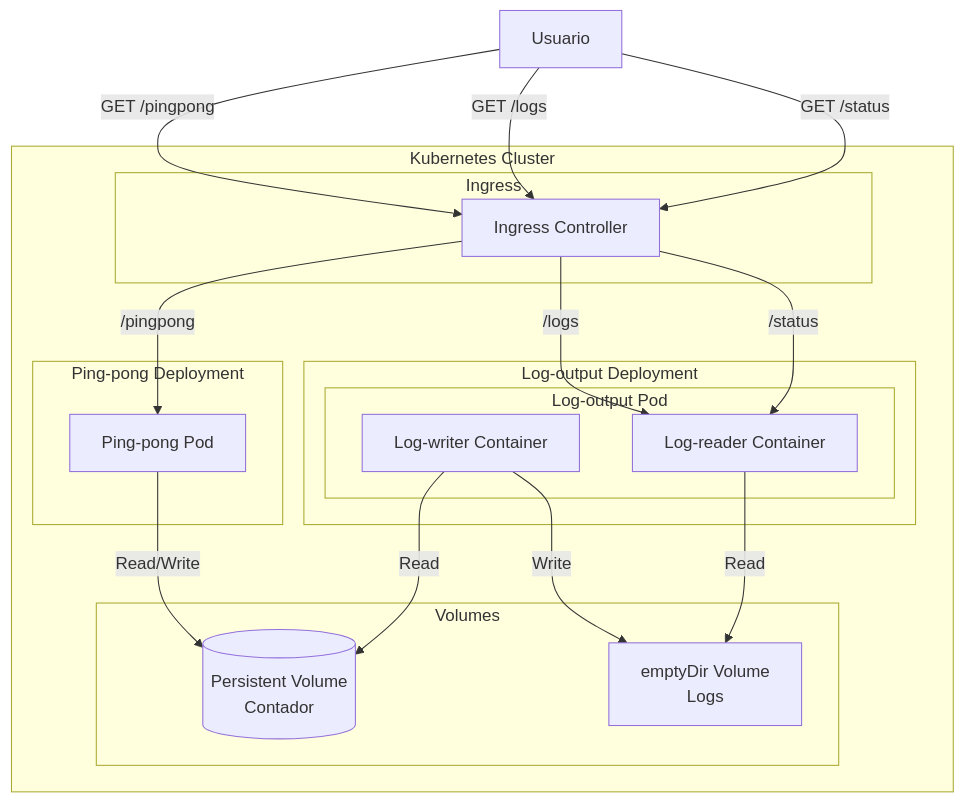
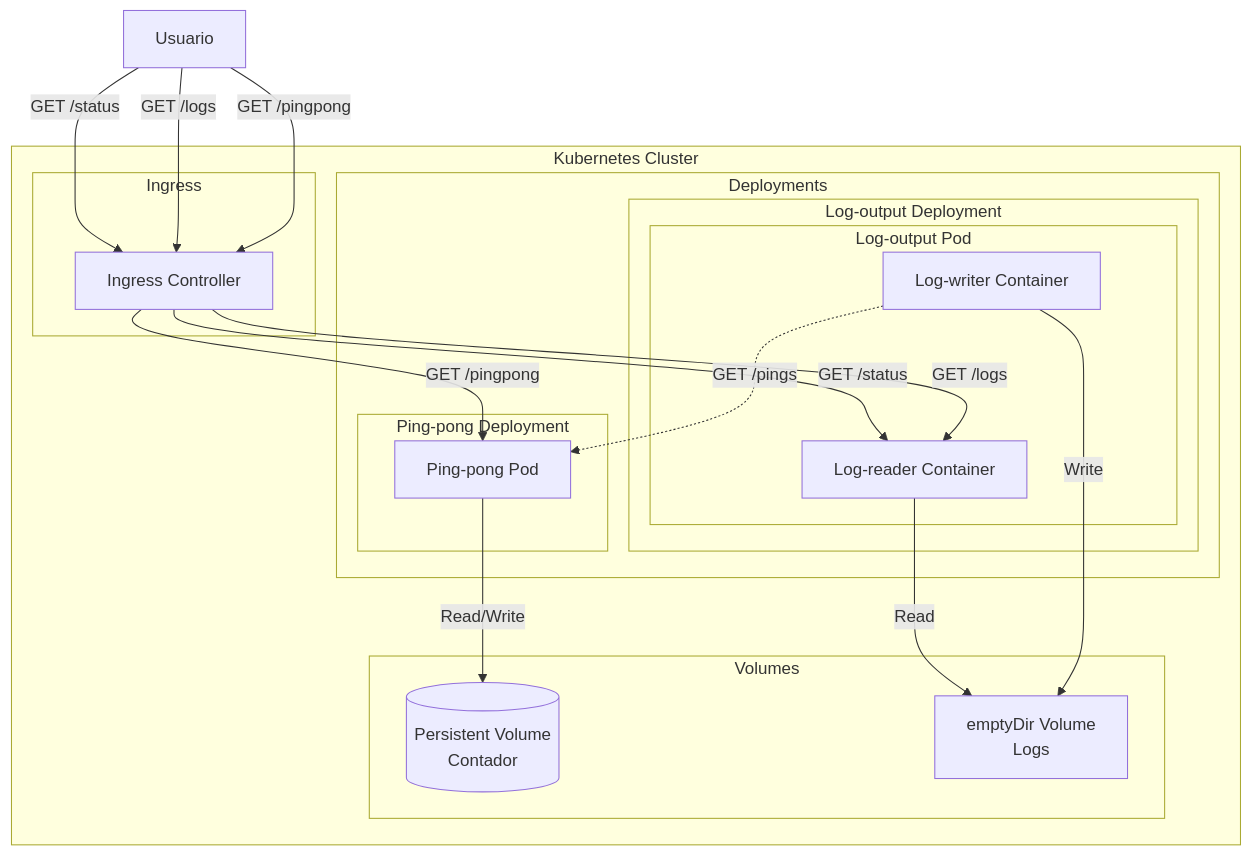
One commit to Yakovyakov/KubernetsSubmissions changed the diagram in log_output/README.md. Above: the diagram before and after it, drawn with Mermaid. The commit also changed other lines of this file and 9 other files, not shown here.

````diff
--- a/log_output/README.md
+++ b/log_output/README.md
@@ -186,46 +131,48 @@
   ```mermaid
     graph TD
       subgraph Kubernetes Cluster
           subgraph Ingress
               I[Ingress Controller]
           end
-         
+          subgraph Deployments
           subgraph Ping-pong Deployment
               PP[Ping-pong Pod]
           end
+          
         
           subgraph Log-output Deployment
               LO[Log-output Pod]
               subgraph LO[Log-output Pod]
                   LW[Log-writer Container]
                   LR[Log-reader Container]
               end
           end
-        
+          end
           subgraph Volumes
               PV[(Persistent Volume<br>Contador)]
               LV[emptyDir Volume<br>Logs]
           end
       end
     
       User[Usuario] -->|GET /pingpong| I
       User -->|GET /logs| I
       User -->|GET /status| I
     
-      I -->|/pingpong| PP
-      I -->|/logs| LR
-      I -->|/status| LR
-    
+      I -->|GET /pingpong| PP
+      I -->|GET /logs| LR
+      I -->|GET /status| LR
+      LW -.->|GET /pings| PP
       PP -->|Read/Write| PV
-      LW -->|Read| PV
+      
       LW -->|Write| LV
       LR -->|Read| LV
+
     
       
     
       class PP,LO pod;
-      class LW,LR container;
+      class LW,LR,PP container;
       class PV,LV storage;
       class I ingress;
       class Legend legend;
   ```
````
